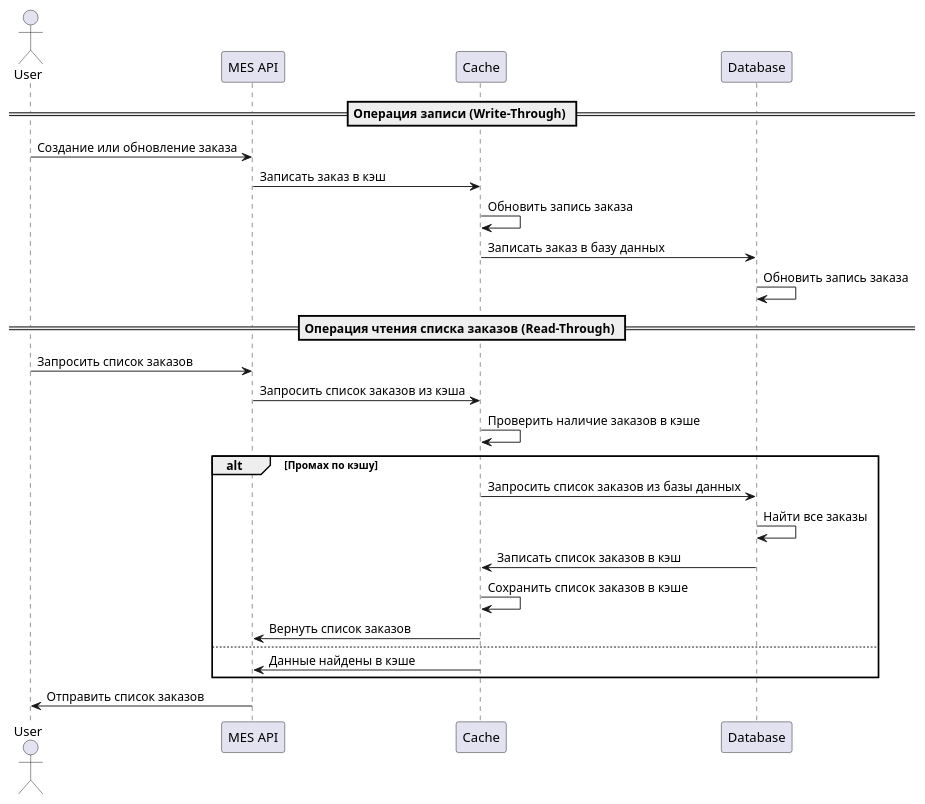
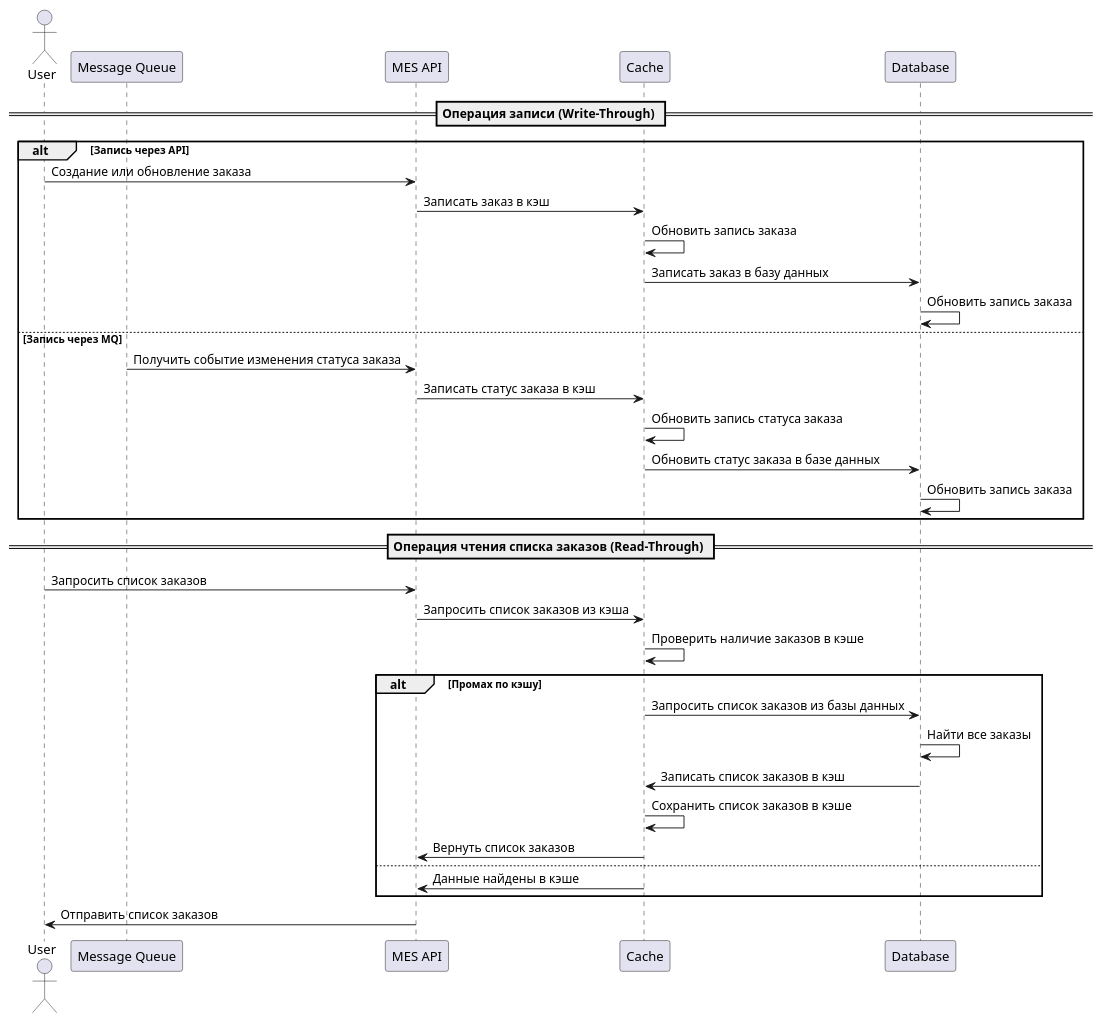
Before and after one commit to matrosov-nikita/architecture-sprint-4: the diagram in Exc5/sequence_diagram.puml, drawn with PlantUML. The commit also changed 1 other file, not shown here.

```diff
--- a/Exc5/sequence_diagram.puml
+++ b/Exc5/sequence_diagram.puml
@@ -1,30 +1,39 @@
 @startuml
 
 actor User
+participant "Message Queue" as MQ
 participant "MES API" as MES
 participant "Cache" as Cache
 participant "Database" as DB
 
 == Операция записи (Write-Through) ==
-User -> MES: Создание или обновление заказа
-MES -> Cache: Записать заказ в кэш
-Cache -> Cache: Обновить запись заказа
-Cache -> DB: Записать заказ в базу данных
-DB -> DB: Обновить запись заказа
+alt Запись через API
+  User -> MES: Создание или обновление заказа
+  MES -> Cache: Записать заказ в кэш
+  Cache -> Cache: Обновить запись заказа
+  Cache -> DB: Записать заказ в базу данных
+  DB -> DB: Обновить запись заказа
+else Запись через MQ
+  MQ -> MES: Получить событие изменения статуса заказа
+  MES -> Cache: Записать статус заказа в кэш
+  Cache -> Cache: Обновить запись статуса заказа
+  Cache -> DB: Обновить статус заказа в базе данных
+  DB -> DB: Обновить запись заказа
+end
 
 == Операция чтения списка заказов (Read-Through) ==
 User -> MES: Запросить список заказов
 MES -> Cache: Запросить список заказов из кэша
 Cache -> Cache: Проверить наличие заказов в кэше
 alt Промах по кэшу
   Cache -> DB: Запросить список заказов из базы данных
   DB -> DB: Найти все заказы
   DB -> Cache: Записать список заказов в кэш
   Cache -> Cache: Сохранить список заказов в кэше
   Cache -> MES: Вернуть список заказов
 else
   Cache -> MES: Данные найдены в кэше
 end
 MES -> User: Отправить список заказов
 
 @enduml
```
